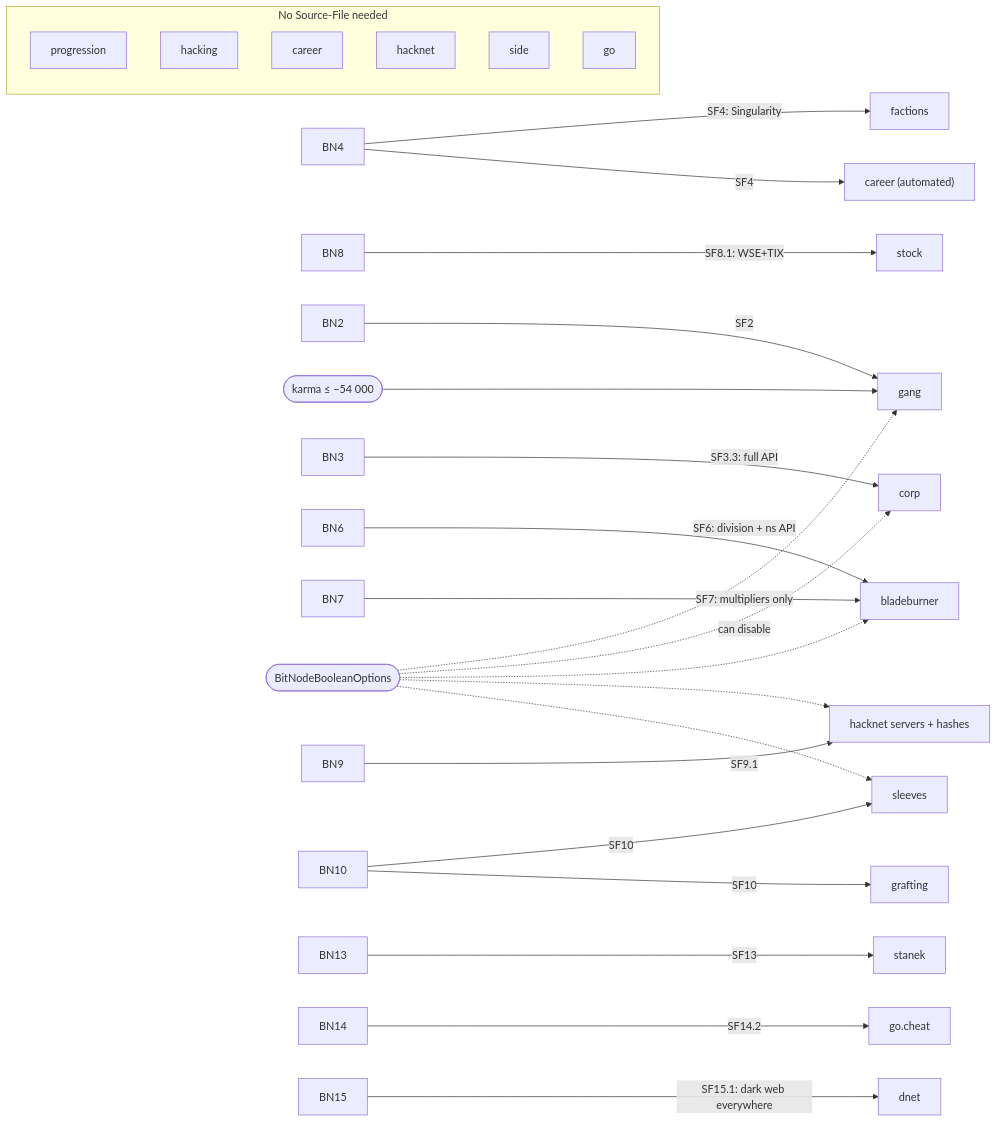
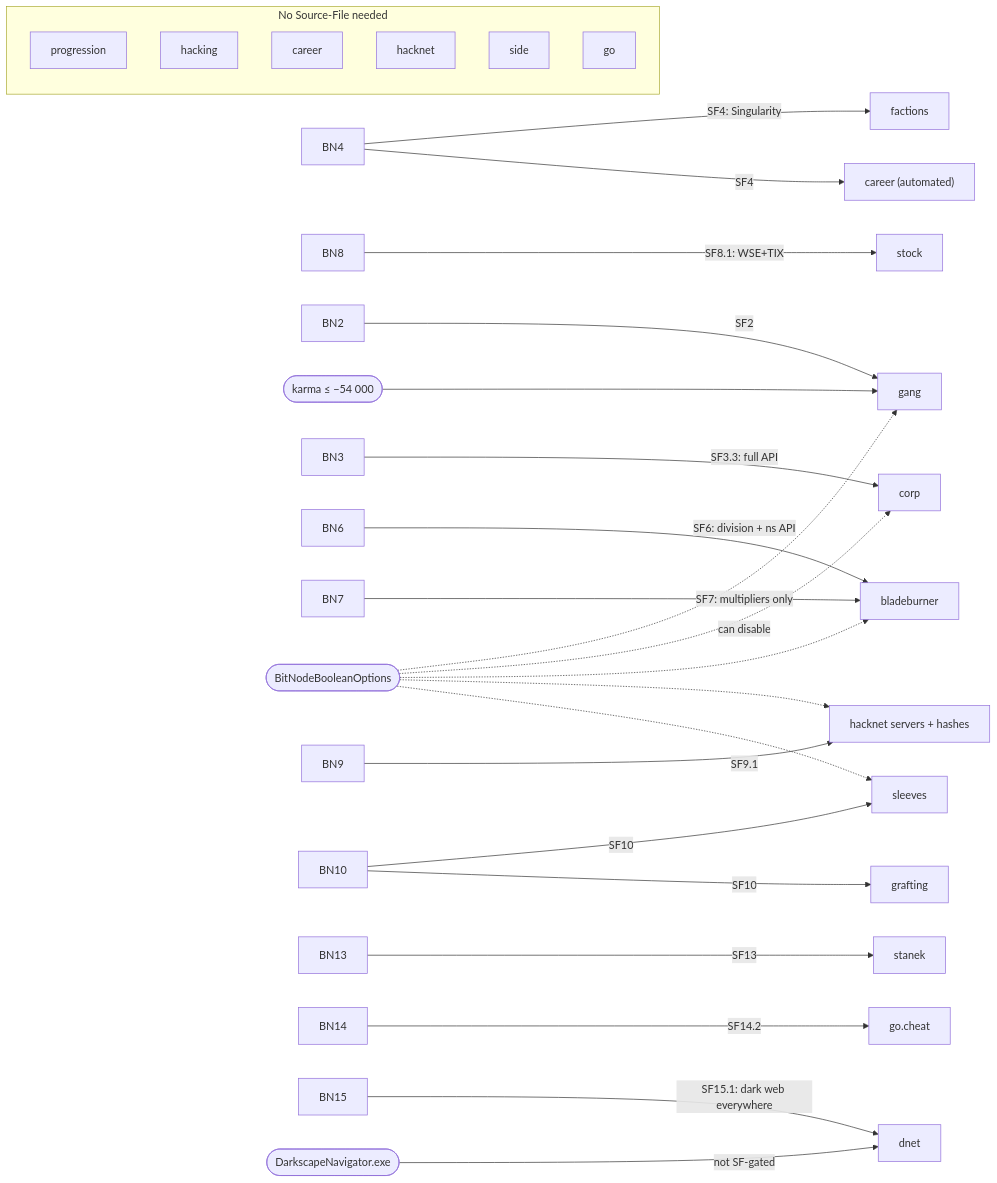
The first of 2 diagrams in spec/strategy/graph.md (nobody0/bitburner-scripts), drawn with Mermaid before and after one commit. The commit also changed other lines of this file and 26 other files, not shown here.

````diff
--- a/spec/strategy/graph.md
+++ b/spec/strategy/graph.md
@@ -20,32 +20,33 @@
 ```mermaid
 graph LR
   subgraph always["No Source-File needed"]
     progression
     hacking
     career
     hacknet
     side
     go
   end
 
   BN4 -->|SF4: Singularity| factions
   BN4 -->|SF4| career_auto["career (automated)"]
   BN8 -->|SF8.1: WSE+TIX| stock
   BN2 -->|SF2| gang
   karma54(["karma ≤ −54 000"]) --> gang
   BN3 -->|"SF3.3: full API"| corp
   BN6 -->|"SF6: division + ns API"| bladeburner
   BN7 -->|SF7: multipliers only| bladeburner
   BN9 -->|SF9.1| hacknet_srv["hacknet servers + hashes"]
   BN10 -->|SF10| sleeves
   BN10 -->|SF10| grafting
   BN13 -->|SF13| stanek
   BN14 -->|SF14.2| go_cheat["go.cheat"]
   BN15 -->|"SF15.1: dark web everywhere"| dnet
+  DNAV(["DarkscapeNavigator.exe"]) -->|"not SF-gated"| dnet
 
   opts(["BitNodeBooleanOptions"]) -.->|can disable| gang
   opts -.-> corp
   opts -.-> bladeburner
   opts -.-> hacknet_srv
   opts -.-> sleeves
 ```
````
